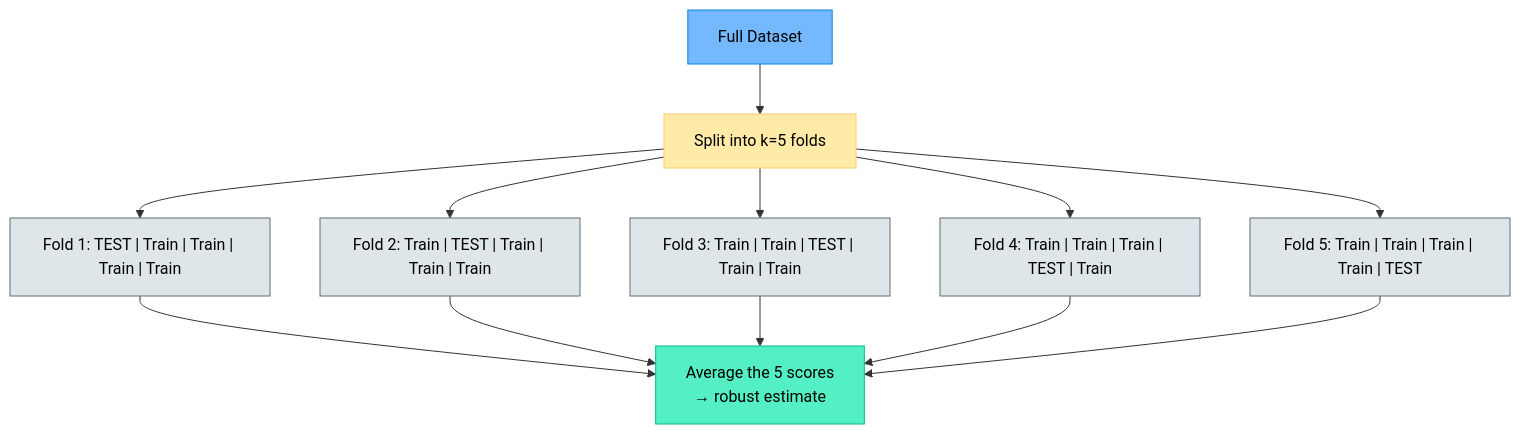
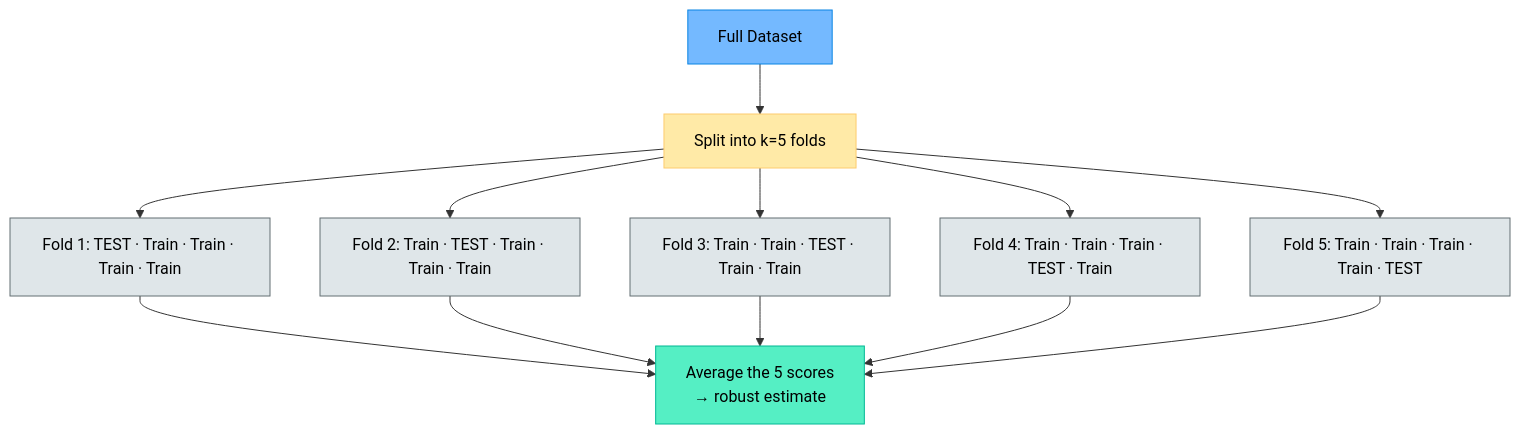
One commit to patricenivaggioli/machine-learning-bsc-course changed the second of 4 diagrams in handhout/03-how-do-we-know-a-model-is-good.md. Above: the diagram before and after it, drawn with Mermaid. The commit also changed 4 other files, not shown here.

````diff
--- a/handhout/03-how-do-we-know-a-model-is-good.md
+++ b/handhout/03-how-do-we-know-a-model-is-good.md
@@ -61,23 +61,23 @@
 ```mermaid
 flowchart TD
     D["Full Dataset"] --> S["Split into k=5 folds"]
-    S --> F1["Fold 1: TEST | Train | Train | Train | Train"]
-    S --> F2["Fold 2: Train | TEST | Train | Train | Train"]
-    S --> F3["Fold 3: Train | Train | TEST | Train | Train"]
-    S --> F4["Fold 4: Train | Train | Train | TEST | Train"]
-    S --> F5["Fold 5: Train | Train | Train | Train | TEST"]
+    S --> F1["Fold 1: TEST · Train · Train · Train · Train"]
+    S --> F2["Fold 2: Train · TEST · Train · Train · Train"]
+    S --> F3["Fold 3: Train · Train · TEST · Train · Train"]
+    S --> F4["Fold 4: Train · Train · Train · TEST · Train"]
+    S --> F5["Fold 5: Train · Train · Train · Train · TEST"]
     F1 --> R["Average the 5 scores<br/>→ robust estimate"]
     F2 --> R
     F3 --> R
     F4 --> R
     F5 --> R
 
     style D fill:#74b9ff,stroke:#0984e3,color:#000
     style S fill:#ffeaa7,stroke:#fdcb6e,color:#000
     style F1 fill:#dfe6e9,stroke:#636e72,color:#000
     style F2 fill:#dfe6e9,stroke:#636e72,color:#000
     style F3 fill:#dfe6e9,stroke:#636e72,color:#000
     style F4 fill:#dfe6e9,stroke:#636e72,color:#000
     style F5 fill:#dfe6e9,stroke:#636e72,color:#000
     style R fill:#55efc4,stroke:#00b894,color:#000
 ```
````
